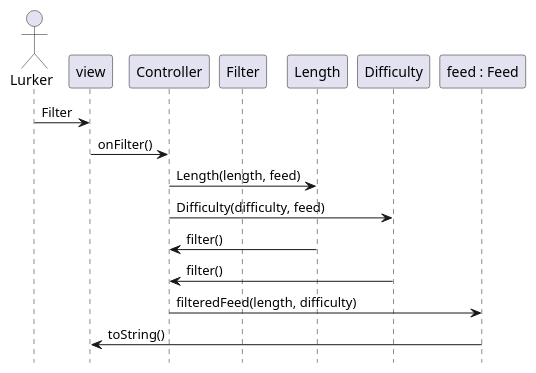
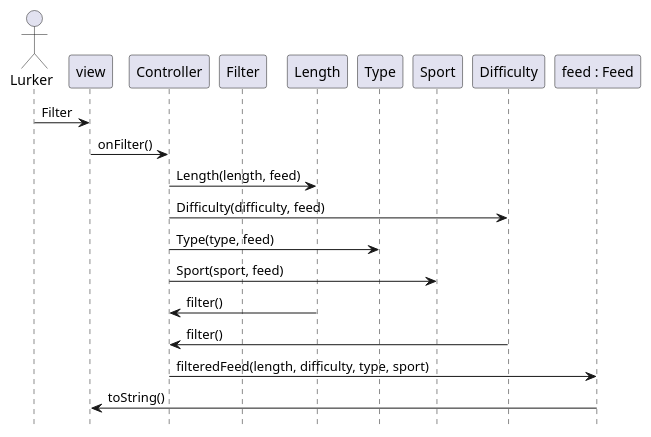
The fifth of 6 diagrams in intellij/doc/design.md (arun-guruswamy/workout-networking), drawn with PlantUML before and after one commit. The commit also changed other lines of this file and 2 other files, not shown here.

````diff
--- a/intellij/doc/design.md
+++ b/intellij/doc/design.md
@@ -112,21 +112,26 @@
 ```plantuml 
 @startuml
 hide footbox
 actor Lurker as lurker
 participant "view" as view
 participant "Controller" as controller 
 participant "Filter" as filter
 participant "Length" as length
+participant "Type" as type 
+participant "Sport" as sport
 participant "Difficulty" as difficulty
 participant "feed : Feed" as feed 
+
 
 lurker -> view : Filter 
 view -> controller: onFilter() 
 controller -> length: Length(length, feed)
 controller -> difficulty: Difficulty(difficulty, feed)
+controller -> type : Type(type, feed)
+controller -> sport : Sport(sport, feed)
 controller <- length: filter()
 controller <- difficulty: filter()
-controller -> feed : filteredFeed(length, difficulty)
+controller -> feed : filteredFeed(length, difficulty, type, sport)
 feed -> view : toString()
 @enduml
 ```
````
